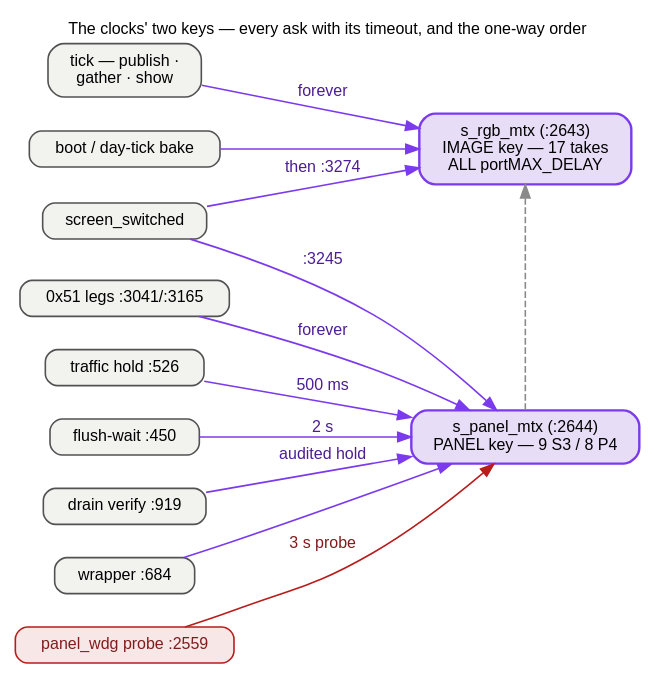
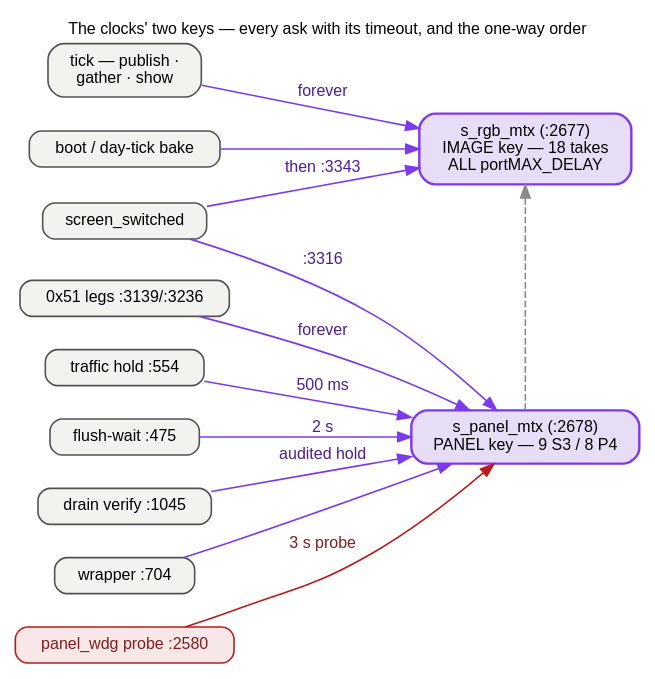
Before and after one commit to ukos-git/moon-clock-esp: the diagram in docs/_graphs/guards-keys.dot, drawn with Graphviz. The commit also changed 29 other files, not shown here.

```diff
--- a/docs/_graphs/guards-keys.dot
+++ b/docs/_graphs/guards-keys.dot
@@ -1,67 +1,67 @@
 // THE CLOCKS' TWO KEYS opened (S3 + P4, one moon_ui.c): every
 // xSemaphoreTake site as an ask edge carrying its timeout on the wire,
 // the one-way order between the keys, the drain witness and the red
-// watchdog. Creations sit together at moon_ui.c:2694-2695 under the
-// code's own ownership comment (:2687-2693); the draw_bitmap wrapper
-// lands at :2707. All SEVENTEEN s_rgb_mtx takes are portMAX_DELAY
+// watchdog. Creations sit together at moon_ui.c:2677-2678 under the
+// code's own ownership comment (:2669-76); the draw_bitmap wrapper
+// lands at :2690. All EIGHTEEN s_rgb_mtx takes are portMAX_DELAY
 // ("a publish block never fails"). The NINE s_panel_mtx takes carry the
-// whole timeout policy of the app: wrapper :728 forever; the 0x51 legs
-// fade_ramp :3092 + brightness_set :3216 forever; the traffic-hold
-// quiesce :556 bounded 500 ms; moon_flush_wait_cb :477 bounded 2 s
-// ("observed quiescence only" :478); the drain verify :970 forever —
+// whole timeout policy of the app: wrapper :704 forever; the 0x51 legs
+// fade_ramp :3139 + brightness_set :3236 forever; the traffic-hold
+// quiesce :554 bounded 500 ms; moon_flush_wait_cb :475 bounded 2 s
+// ("observed quiescence only" :476); the drain verify :1045 forever —
 // rule 3 holds across the WHOLE submit+witness window ("no drain call
-// site holds it -- audited 2026-11-13" :935; the hold now ~50 ms -- one
-// grace + heal, the NORMAL path :945-958; S3 nine takes, P4 EIGHT — drain_verify is
-// #if !defined(CONFIG_BOARD_P4)); watchdog probe :2610 bounded 3 s.
-// moon_ui_screen_switched :3260 is the both-keys case and takes them
-// SEQUENTIALLY — panel :3296, give, then rgb :3323; no panel take ever
-// nests an rgb take. The heal branch runs tx_param(io, -1) at :1028
-// ("runs the driver's own drain loop over ALL" :1015). panel_wdg is born
-// at :2736 (prio 3, core 0 — "Low priority on core 0: it sleeps 3 s at
-// a time"), its take is "the ONLY work" (:2601), and on timeout it
+// site holds it -- audited 2026-11-13" :1010; the hold now ~50 ms -- one
+// grace :1026 + the 20 ms lead-in :1048, heal :1103; S3 nine takes, P4 EIGHT — drain_verify is
+// #if !defined(CONFIG_BOARD_P4)); watchdog probe :2580 bounded 3 s.
+// moon_ui_screen_switched :3280 is the both-keys case and takes them
+// SEQUENTIALLY — panel :3316, give :3318, then rgb :3343; no panel take ever
+// nests an rgb take. The heal branch runs tx_param(io, -1) at :1103
+// ("runs the driver's own drain loop over ALL" :1090). panel_wdg is born
+// at :2719 (prio 3, core 0 — "Low priority on core 0: it sleeps 3 s at
+// a time" :2715), its take is "the ONLY work" (:2571), and on timeout it
 // names the holder through xSemaphoreGetMutexHolder and restarts under
-// "PANEL IO STUCK" (:2622-2625). The guards in black boxes is
+// "PANEL IO STUCK" (:2601-05). The guards in black boxes is
 // docs/_graphs/guards.dot (this page); the knob's single key is
 // docs/_graphs/guards-knob.dot; the key-free band is
 // docs/_graphs/guards-flags.dot. The strip staging and the witnesses
 // belong to docs/_graphs/flush-path.dot (display.rst). FONTS: 12 pt =
 // the page's 16 px body text at 1:1 — kept inside the content column.
 // Rendered inline as SVG by sphinx.ext.graphviz (dot on PATH).
 digraph guards_keys {
     rankdir=LR;
     label="The clocks' two keys — every ask with its timeout, and the one-way order";
     labelloc="t"; labeljust="c";
     fontname="Helvetica"; fontsize=12;
     graph [nodesep=0.35, ranksep=0.8];
     node [fontname="Helvetica", fontsize=12, shape=box, style="rounded,filled",
           width=0, height=0, margin="0.16,0.10", fillcolor="#f2f2ef",
           color="#525252", penwidth=1.2];
     edge [fontname="Helvetica", fontsize=12, color="#7c3aed", penwidth=1.2, fontcolor="#4c1d95"];
 
     tick [label="tick — publish ·\ngather · show"];
     bootbake [label="boot / day-tick bake"];
     switcher [label="screen_switched"];
-    ramp [label="0x51 legs :3041/:3165"];
-    quiesce [label="traffic hold :526"];
-    fwait [label="flush-wait :450"];
-    drain [label="drain verify :919"];
-    wrapper [label="wrapper :684"];
-    wdg [label="panel_wdg probe :2559", fillcolor="#f8e7e7", color="#b91c1c", fontcolor="#7f1d1d"];
+    ramp [label="0x51 legs :3139/:3236"];
+    quiesce [label="traffic hold :554"];
+    fwait [label="flush-wait :475"];
+    drain [label="drain verify :1045"];
+    wrapper [label="wrapper :704"];
+    wdg [label="panel_wdg probe :2580", fillcolor="#f8e7e7", color="#b91c1c", fontcolor="#7f1d1d"];
 
-    srgb [label="s_rgb_mtx (:2643)\nIMAGE key — 17 takes\nALL portMAX_DELAY",
+    srgb [label="s_rgb_mtx (:2677)\nIMAGE key — 18 takes\nALL portMAX_DELAY",
           fillcolor="#e8ddf6", color="#7c3aed", penwidth=1.8];
-    spanel [label="s_panel_mtx (:2644)\nPANEL key — 9 S3 / 8 P4",
+    spanel [label="s_panel_mtx (:2678)\nPANEL key — 9 S3 / 8 P4",
             fillcolor="#e8ddf6", color="#7c3aed", penwidth=1.8];
 
     tick -> srgb [label="forever"];
     bootbake -> srgb [];
-    switcher -> spanel [label=":3245"];
-    switcher -> srgb [label="then :3274"];
+    switcher -> spanel [label=":3316"];
+    switcher -> srgb [label="then :3343"];
     ramp -> spanel [label="forever"];
     quiesce -> spanel [label="500 ms"];
     fwait -> spanel [label="2 s"];
     drain -> spanel [label="audited hold"];
     wrapper -> spanel [];
     wdg -> spanel [color="#b91c1c", fontcolor="#7f1d1d", label="3 s probe"];
     spanel -> srgb [style=dashed, constraint=false, color="#8a8a8a", fontcolor="#374151"];
 }
```
